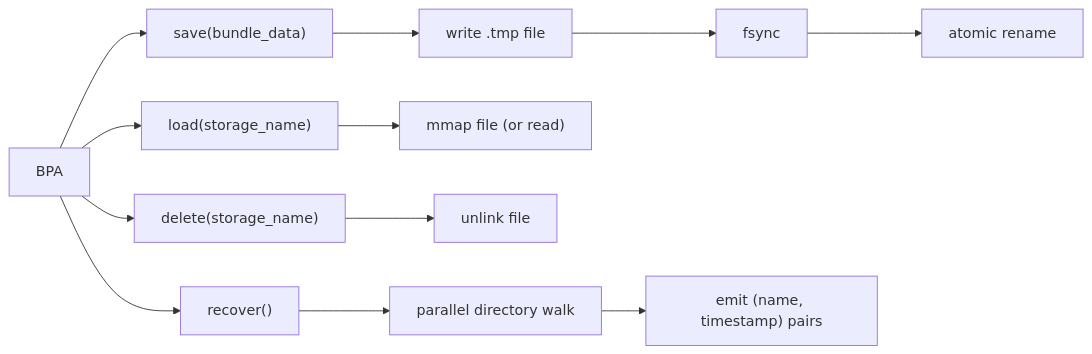
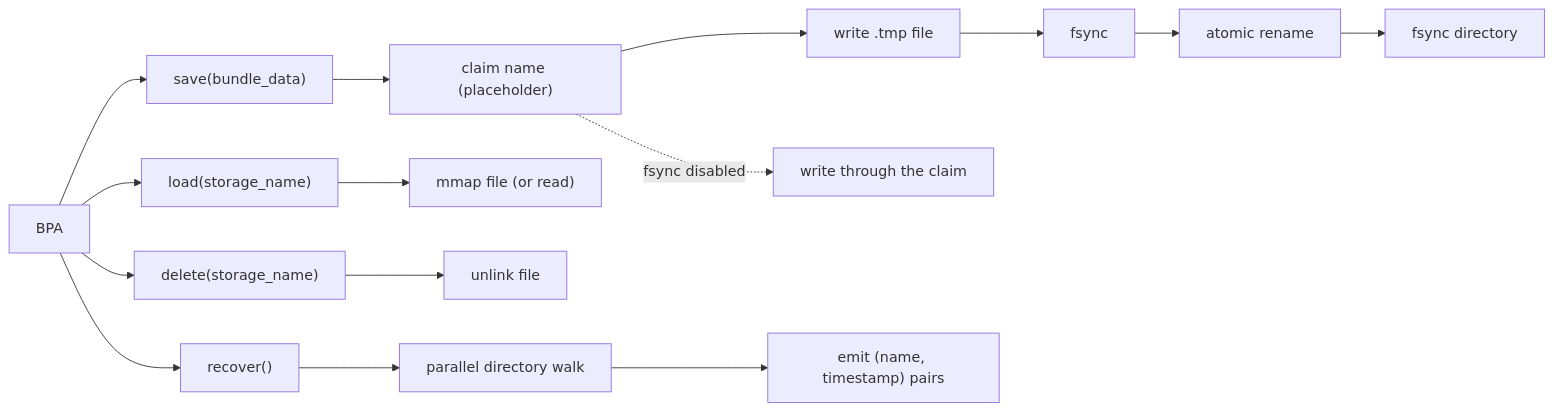
One commit to ricktaylor/hardy changed the diagram in localdisk-storage/docs/design.md. Above: the diagram before and after it, drawn with Mermaid. The commit also changed other lines of this file and 6 other files, not shown here.

````diff
--- a/localdisk-storage/docs/design.md
+++ b/localdisk-storage/docs/design.md
@@ -19,12 +19,13 @@
 ```mermaid
 flowchart LR
     BPA --> save["save(bundle_data)"]
     BPA --> load["load(storage_name)"]
     BPA --> delete["delete(storage_name)"]
     BPA --> recover["recover()"]
 
-    save --> tmp["write .tmp file"] --> fsync["fsync"] --> rename["atomic rename"]
+    save --> claim["claim name (placeholder)"] --> tmp["write .tmp file"] --> fsync["fsync"] --> rename["atomic rename"] --> dirsync["fsync directory"]
+    claim -. "fsync disabled" .-> direct["write through the claim"]
     load --> mmap["mmap file (or read)"]
     delete --> unlink["unlink file"]
     recover --> walk["parallel directory walk"] --> emit["emit (name, timestamp) pairs"]
 ```
````
